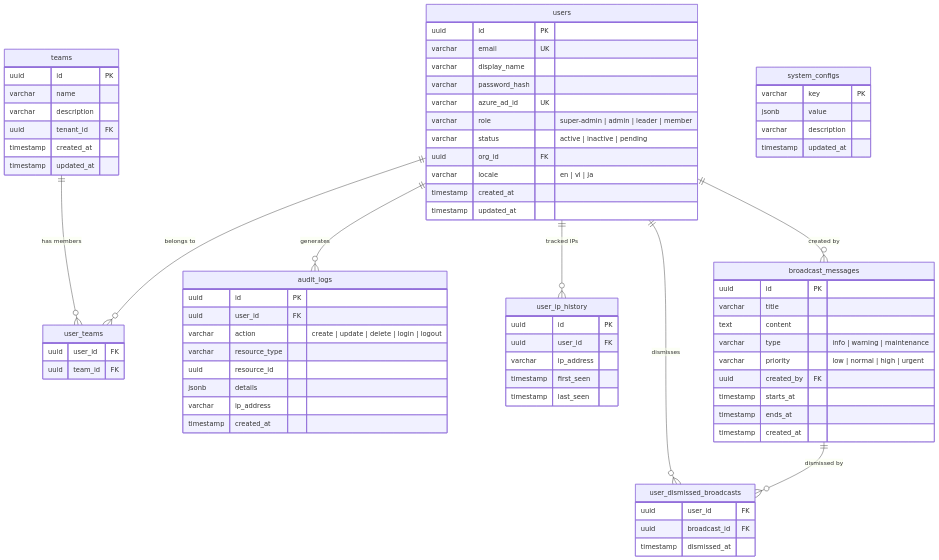
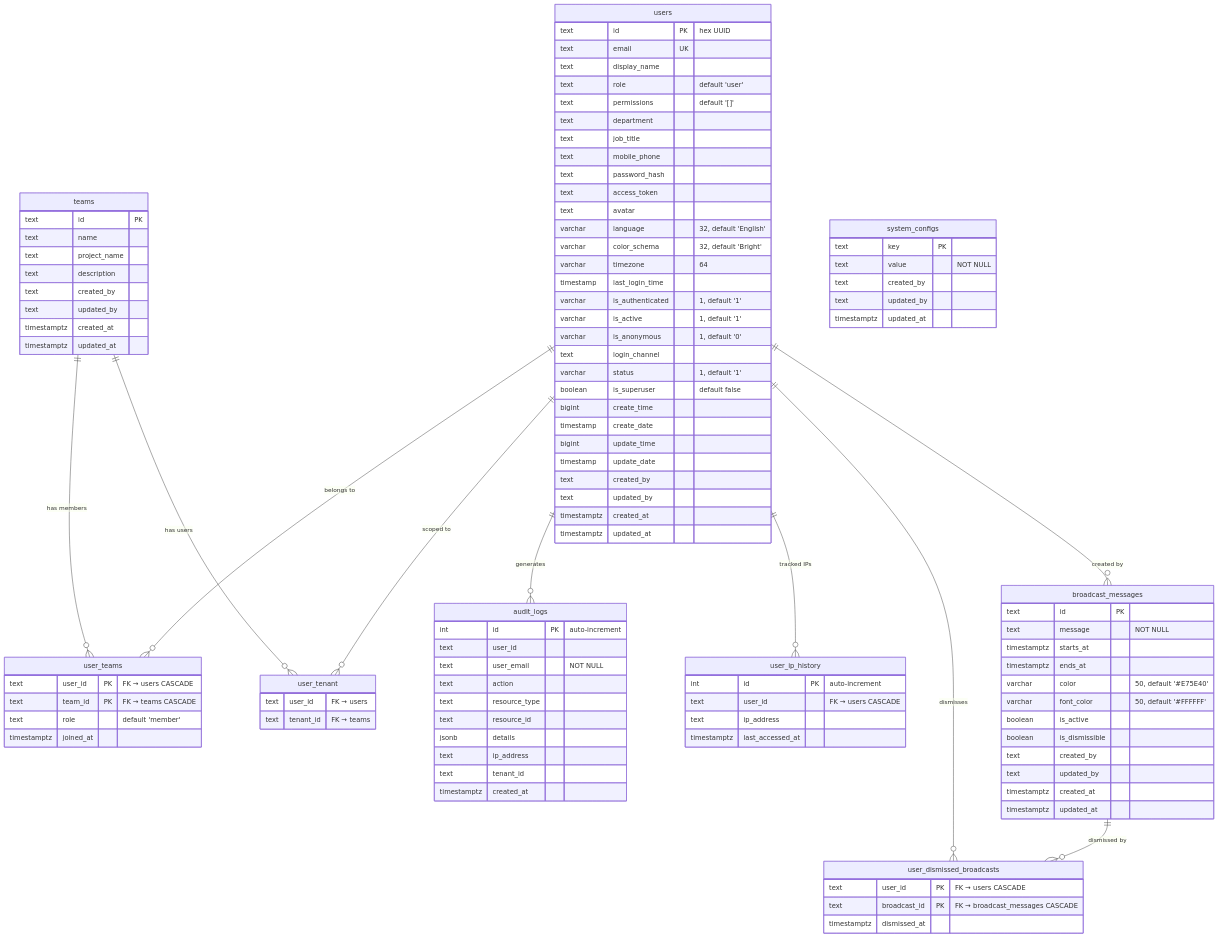
One commit to b-knowledge-solution/b-knowledge changed the diagram in docs/basic-design/database/database-design-core.md. Above: the diagram before and after it, drawn with Mermaid. The commit also changed other lines of this file and 5 other files, not shown here.

First line of the commit message:
docs: update all 6 database design docs to match actual migration schema

````diff
--- a/docs/basic-design/database/database-design-core.md
+++ b/docs/basic-design/database/database-design-core.md
@@ -5,79 +5,113 @@
 ```mermaid
 erDiagram
     users {
-        uuid id PK
-        varchar email UK
-        varchar display_name
-        varchar password_hash
-        varchar azure_ad_id UK
-        varchar role "super-admin | admin | leader | member"
-        varchar status "active | inactive | pending"
-        uuid org_id FK
-        varchar locale "en | vi | ja"
-        timestamp created_at
-        timestamp updated_at
+        text id PK "hex UUID"
+        text email UK
+        text display_name
+        text role "default 'user'"
+        text permissions "default '[]'"
+        text department
+        text job_title
+        text mobile_phone
+        text password_hash
+        text access_token
+        text avatar
+        varchar language "32, default 'English'"
+        varchar color_schema "32, default 'Bright'"
+        varchar timezone "64"
+        timestamp last_login_time
+        varchar is_authenticated "1, default '1'"
+        varchar is_active "1, default '1'"
+        varchar is_anonymous "1, default '0'"
+        text login_channel
+        varchar status "1, default '1'"
+        boolean is_superuser "default false"
+        bigint create_time
+        timestamp create_date
+        bigint update_time
+        timestamp update_date
+        text created_by
+        text updated_by
+        timestamptz created_at
+        timestamptz updated_at
     }
 
     teams {
-        uuid id PK
-        varchar name
-        varchar description
-        uuid tenant_id FK
-        timestamp created_at
-        timestamp updated_at
+        text id PK
+        text name
+        text project_name
+        text description
+        text created_by
+        text updated_by
+        timestamptz created_at
+        timestamptz updated_at
     }
 
     user_teams {
-        uuid user_id FK
-        uuid team_id FK
+        text user_id PK "FK → users CASCADE"
+        text team_id PK "FK → teams CASCADE"
+        text role "default 'member'"
+        timestamptz joined_at
+    }
+
+    user_tenant {
+        text user_id "FK → users"
+        text tenant_id "FK → teams"
     }
 
     system_configs {
-        varchar key PK
-        jsonb value
-        varchar description
-        timestamp updated_at
+        text key PK
+        text value "NOT NULL"
+        text created_by
+        text updated_by
+        timestamptz updated_at
     }
 
     audit_logs {
-        uuid id PK
-        uuid user_id FK
-        varchar action "create | update | delete | login | logout"
-        varchar resource_type
-        uuid resource_id
+        int id PK "auto-increment"
+        text user_id
+        text user_email "NOT NULL"
+        text action
+        text resource_type
+        text resource_id
         jsonb details
-        varchar ip_address
-        timestamp created_at
+        text ip_address
+        text tenant_id
+        timestamptz created_at
     }
 
     user_ip_history {
-        uuid id PK
-        uuid user_id FK
-        varchar ip_address
-        timestamp first_seen
-        timestamp last_seen
+        int id PK "auto-increment"
+        text user_id "FK → users CASCADE"
+        text ip_address
+        timestamptz last_accessed_at
     }
 
     broadcast_messages {
-        uuid id PK
-        varchar title
-        text content
-        varchar type "info | warning | maintenance"
-        varchar priority "low | normal | high | urgent"
-        uuid created_by FK
-        timestamp starts_at
-        timestamp ends_at
-        timestamp created_at
+        text id PK
+        text message "NOT NULL"
+        timestamptz starts_at
+        timestamptz ends_at
+        varchar color "50, default '#E75E40'"
+        varchar font_color "50, default '#FFFFFF'"
+        boolean is_active
+        boolean is_dismissible
+        text created_by
+        text updated_by
+        timestamptz created_at
+        timestamptz updated_at
     }
 
     user_dismissed_broadcasts {
-        uuid user_id FK
-        uuid broadcast_id FK
-        timestamp dismissed_at
+        text user_id PK "FK → users CASCADE"
+        text broadcast_id PK "FK → broadcast_messages CASCADE"
+        timestamptz dismissed_at
     }
 
     users ||--o{ user_teams : "belongs to"
     teams ||--o{ user_teams : "has members"
+    users ||--o{ user_tenant : "scoped to"
+    teams ||--o{ user_tenant : "has users"
     users ||--o{ audit_logs : "generates"
     users ||--o{ user_ip_history : "tracked IPs"
     users ||--o{ user_dismissed_broadcasts : "dismisses"
````
